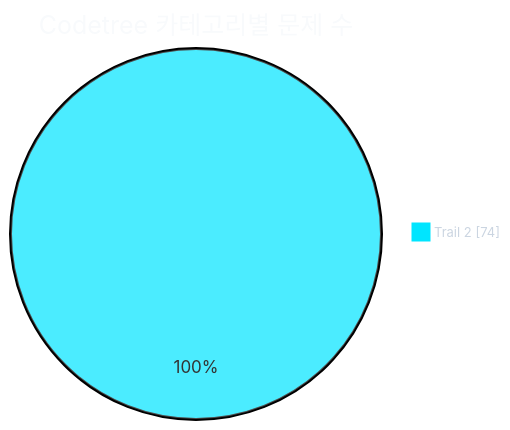
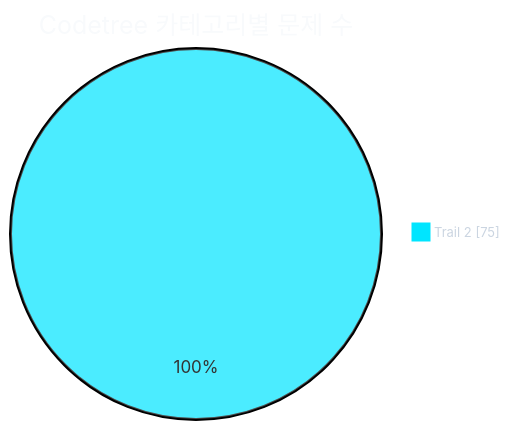
One commit to CHOOSLA/Algorithm changed the first of 2 diagrams in readme.md. Above: the diagram before and after it, drawn with Mermaid. The commit also changed other lines of this file and 2 other files, not shown here.

````diff
--- a/readme.md
+++ b/readme.md
@@ -31,21 +31,21 @@
 ```mermaid
 ---
 config:
   theme: base
   themeVariables:
     background: '#0d1117'
     pieTitleTextColor: '#f8fafc'
     pieLegendTextColor: '#cbd5e1'
     pieLegendTextSize: '13px'
     pie1: '#00e5ff'
     pie2: '#22c55e'
     pie3: '#f59e0b'
     pie4: '#a855f7'
     pie5: '#ec4899'
     pie6: '#3b82f6'
     pie7: '#64748b'
 ---
 pie showData
   title Codetree 카테고리별 문제 수
-  "Trail 2" : 74
+  "Trail 2" : 75
 ```
````
